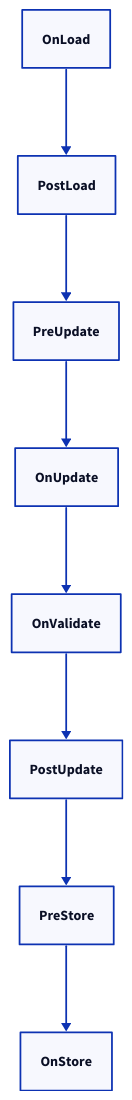
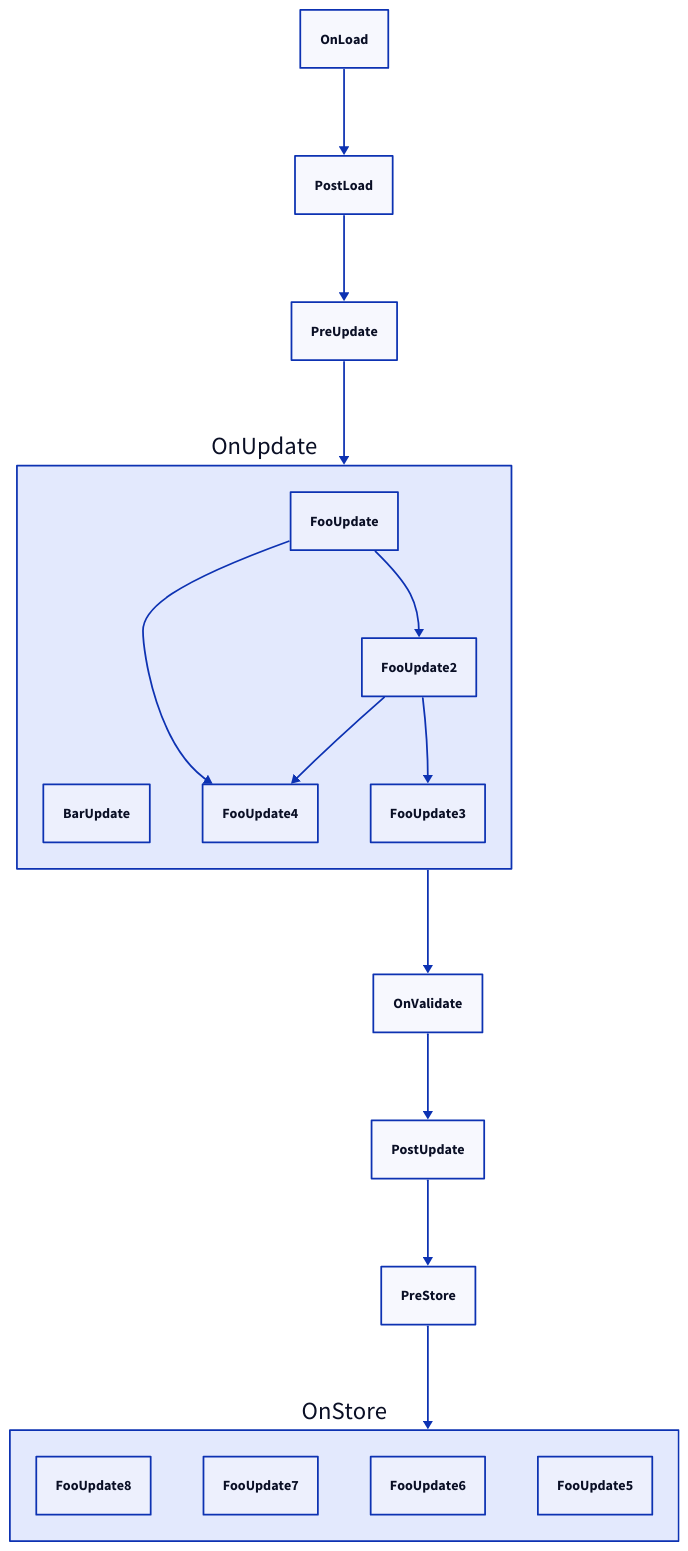
Before and after one commit to cyberegoorg/cetech1: the diagram in Writerside/topics/manual/core/kernel.md, drawn with D2. The commit also changed other lines of this file and 146 other files, not shown here.

````diff
--- a/Writerside/topics/manual/core/kernel.md
+++ b/Writerside/topics/manual/core/kernel.md
@@ -13,10 +19,38 @@
 ```d2
-OnLoad
+vars: {d2-config: {layout-engine: elk}}
+
+OnLoad: {
+}
 OnLoad->PostLoad
+PostLoad: {
+}
 PostLoad->PreUpdate
+PreUpdate: {
+}
 PreUpdate->OnUpdate
+OnUpdate: {
+    BarUpdate
+    FooUpdate
+    FooUpdate->FooUpdate2
+    FooUpdate2->FooUpdate4
+    FooUpdate->FooUpdate4
+    FooUpdate2->FooUpdate3
+}
 OnUpdate->OnValidate
+OnValidate: {
+}
 OnValidate->PostUpdate
+PostUpdate: {
+}
 PostUpdate->PreStore
+PreStore: {
+}
 PreStore->OnStore
+OnStore: {
+    FooUpdate8
+    FooUpdate7
+    FooUpdate6
+    FooUpdate5
+}
+
 ```
````
